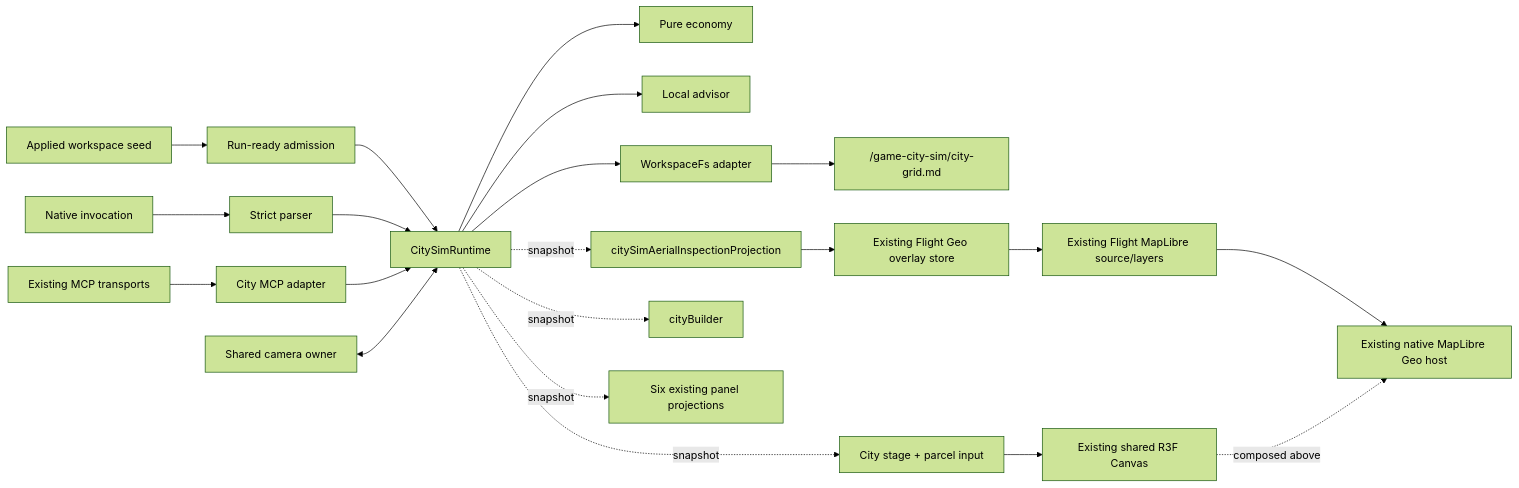
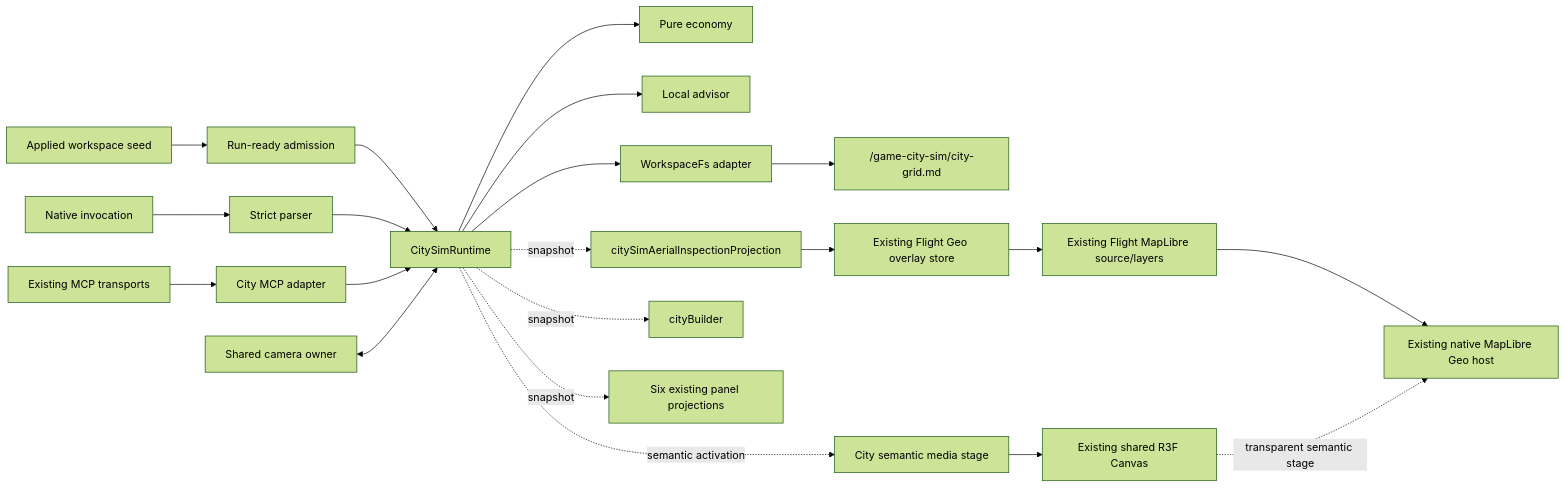
Before and after one commit to huijoohwee/agentic-graph: the first of 2 diagrams in .kiro/specs/knowgrph-city-building-sim/design.md, drawn with Mermaid (forest theme). The commit also changed other lines of this file and 13 other files, not shown here.

Commit message:
fix(city-sim): keep Geo XR MapLibre-owned

````diff
--- a/.kiro/specs/knowgrph-city-building-sim/design.md
+++ b/.kiro/specs/knowgrph-city-building-sim/design.md
@@ -46,23 +47,23 @@
 ```mermaid
 flowchart LR
   Source["Applied workspace seed"] --> Admission["Run-ready admission"]
   Invocation["Native invocation"] --> Parser["Strict parser"]
   MCP["Existing MCP transports"] --> Adapter["City MCP adapter"]
   Admission --> Runtime["CitySimRuntime"]
   Parser --> Runtime
   Adapter --> Runtime
   Runtime --> Tick["Pure economy"]
   Runtime --> Advisor["Local advisor"]
   Runtime --> Persistence["WorkspaceFs adapter"]
   Persistence --> Document["/game-city-sim/city-grid.md"]
-  Runtime -. snapshot .-> Stage["City stage + parcel input"]
+  Runtime -. semantic activation .-> Stage["City semantic media stage"]
   Stage --> Canvas["Existing shared R3F Canvas"]
   Runtime -. snapshot .-> Aerial["citySimAerialInspectionProjection"]
   Aerial --> FlightStore["Existing Flight Geo overlay store"]
   FlightStore --> FlightLayers["Existing Flight MapLibre source/layers"]
   FlightLayers --> Geo["Existing native MapLibre Geo host"]
-  Canvas -. "composed above" .-> Geo
+  Canvas -. "transparent semantic stage" .-> Geo
   Runtime -. snapshot .-> Builder["cityBuilder"]
   Runtime -. snapshot .-> Projections["Six existing panel projections"]
   Camera["Shared camera owner"] <--> Runtime
 ```
````
